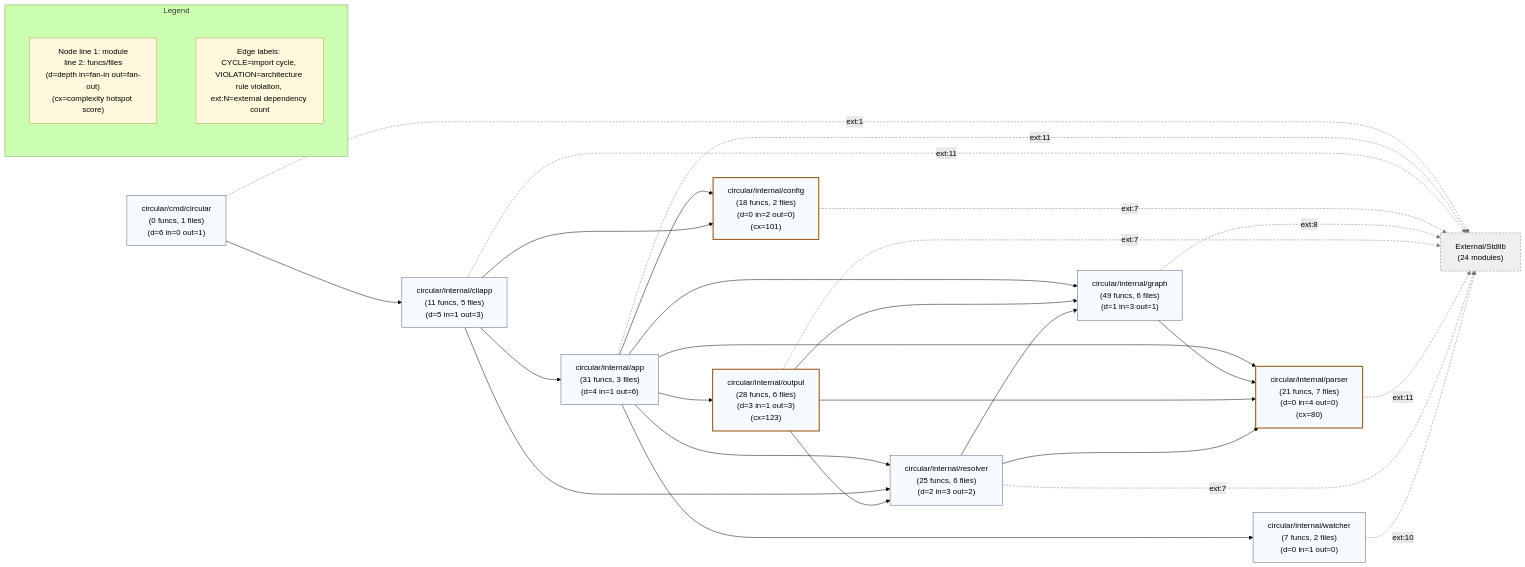
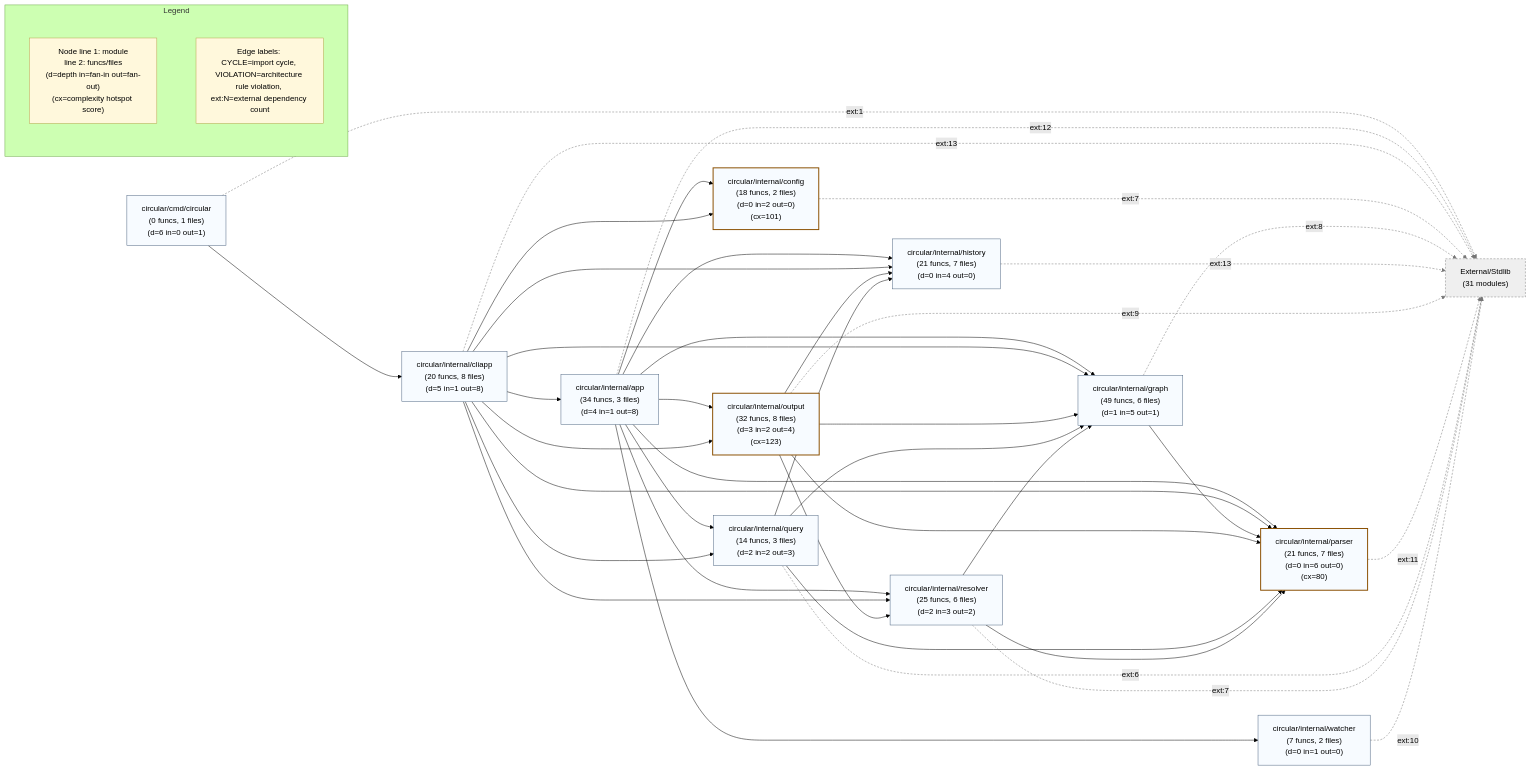
One commit to michaelbomholt665/code-watch changed the diagram in docs/diagrams/graph.mmd. Above: the diagram before and after it, drawn with Mermaid (forest theme). The commit also changed 32 other files, not shown here.

```diff
--- a/docs/diagrams/graph.mmd
+++ b/docs/diagrams/graph.mmd
@@ -1,54 +1,69 @@
 %%{init: {'flowchart': {'nodeSpacing': 80, 'rankSpacing': 110, 'curve': 'basis'}}}%%
 flowchart LR
   circular_cmd_circular["circular/cmd/circular\n(0 funcs, 1 files)\n(d=6 in=0 out=1)"]
-  circular_internal_app["circular/internal/app\n(31 funcs, 3 files)\n(d=4 in=1 out=6)"]
-  circular_internal_cliapp["circular/internal/cliapp\n(11 funcs, 5 files)\n(d=5 in=1 out=3)"]
+  circular_internal_app["circular/internal/app\n(34 funcs, 3 files)\n(d=4 in=1 out=8)"]
+  circular_internal_cliapp["circular/internal/cliapp\n(20 funcs, 8 files)\n(d=5 in=1 out=8)"]
   circular_internal_config["circular/internal/config\n(18 funcs, 2 files)\n(d=0 in=2 out=0)\n(cx=101)"]
-  circular_internal_graph["circular/internal/graph\n(49 funcs, 6 files)\n(d=1 in=3 out=1)"]
-  circular_internal_output["circular/internal/output\n(28 funcs, 6 files)\n(d=3 in=1 out=3)\n(cx=123)"]
-  circular_internal_parser["circular/internal/parser\n(21 funcs, 7 files)\n(d=0 in=4 out=0)\n(cx=80)"]
+  circular_internal_graph["circular/internal/graph\n(49 funcs, 6 files)\n(d=1 in=5 out=1)"]
+  circular_internal_history["circular/internal/history\n(21 funcs, 7 files)\n(d=0 in=4 out=0)"]
+  circular_internal_output["circular/internal/output\n(32 funcs, 8 files)\n(d=3 in=2 out=4)\n(cx=123)"]
+  circular_internal_parser["circular/internal/parser\n(21 funcs, 7 files)\n(d=0 in=6 out=0)\n(cx=80)"]
+  circular_internal_query["circular/internal/query\n(14 funcs, 3 files)\n(d=2 in=2 out=3)"]
   circular_internal_resolver["circular/internal/resolver\n(25 funcs, 6 files)\n(d=2 in=3 out=2)"]
   circular_internal_watcher["circular/internal/watcher\n(7 funcs, 2 files)\n(d=0 in=1 out=0)"]
-  __external_aggregate__["External/Stdlib\n(24 modules)"]
+  __external_aggregate__["External/Stdlib\n(31 modules)"]
 
   classDef internalNode fill:#f7fbff,stroke:#4d6480,stroke-width:1px;
-  class circular_cmd_circular,circular_internal_app,circular_internal_cliapp,circular_internal_config,circular_internal_graph,circular_internal_output,circular_internal_parser,circular_internal_resolver,circular_internal_watcher internalNode;
+  class circular_cmd_circular,circular_internal_app,circular_internal_cliapp,circular_internal_config,circular_internal_graph,circular_internal_history,circular_internal_output,circular_internal_parser,circular_internal_query,circular_internal_resolver,circular_internal_watcher internalNode;
   classDef externalNode fill:#efefef,stroke:#808080,stroke-dasharray:4 3;
   class __external_aggregate__ externalNode;
   classDef hotspotNode stroke:#8a4f00,stroke-width:2px;
   class circular_internal_config,circular_internal_output,circular_internal_parser hotspotNode;
 
   circular_cmd_circular --> circular_internal_cliapp
   circular_internal_app --> circular_internal_config
   circular_internal_app --> circular_internal_graph
+  circular_internal_app --> circular_internal_history
   circular_internal_app --> circular_internal_output
   circular_internal_app --> circular_internal_parser
+  circular_internal_app --> circular_internal_query
   circular_internal_app --> circular_internal_resolver
   circular_internal_app --> circular_internal_watcher
   circular_internal_cliapp --> circular_internal_app
   circular_internal_cliapp --> circular_internal_config
+  circular_internal_cliapp --> circular_internal_graph
+  circular_internal_cliapp --> circular_internal_history
+  circular_internal_cliapp --> circular_internal_output
+  circular_internal_cliapp --> circular_internal_parser
+  circular_internal_cliapp --> circular_internal_query
   circular_internal_cliapp --> circular_internal_resolver
   circular_internal_graph --> circular_internal_parser
   circular_internal_output --> circular_internal_graph
+  circular_internal_output --> circular_internal_history
   circular_internal_output --> circular_internal_parser
   circular_internal_output --> circular_internal_resolver
+  circular_internal_query --> circular_internal_graph
+  circular_internal_query --> circular_internal_history
+  circular_internal_query --> circular_internal_parser
   circular_internal_resolver --> circular_internal_graph
   circular_internal_resolver --> circular_internal_parser
   circular_cmd_circular -->|ext:1| __external_aggregate__
-  circular_internal_app -->|ext:11| __external_aggregate__
-  circular_internal_cliapp -->|ext:11| __external_aggregate__
+  circular_internal_app -->|ext:12| __external_aggregate__
+  circular_internal_cliapp -->|ext:13| __external_aggregate__
   circular_internal_config -->|ext:7| __external_aggregate__
   circular_internal_graph -->|ext:8| __external_aggregate__
-  circular_internal_output -->|ext:7| __external_aggregate__
+  circular_internal_history -->|ext:13| __external_aggregate__
+  circular_internal_output -->|ext:9| __external_aggregate__
   circular_internal_parser -->|ext:11| __external_aggregate__
+  circular_internal_query -->|ext:6| __external_aggregate__
   circular_internal_resolver -->|ext:7| __external_aggregate__
   circular_internal_watcher -->|ext:10| __external_aggregate__
 
-  linkStyle 16,17,18,19,20,21,22,23,24 stroke:#777777,stroke-dasharray:4 3;
+  linkStyle 27,28,29,30,31,32,33,34,35,36,37 stroke:#777777,stroke-dasharray:4 3;
 
   subgraph legend_info["Legend"]
     legend_metrics["Node line 1: module\nline 2: funcs/files\n(d=depth in=fan-in out=fan-out)\n(cx=complexity hotspot score)"]
     legend_edges["Edge labels: CYCLE=import cycle, VIOLATION=architecture rule violation, ext:N=external dependency count"]
   end
   classDef legendNode fill:#fff8dc,stroke:#b8a24c,stroke-width:1px;
   class legend_metrics,legend_edges legendNode;
```
